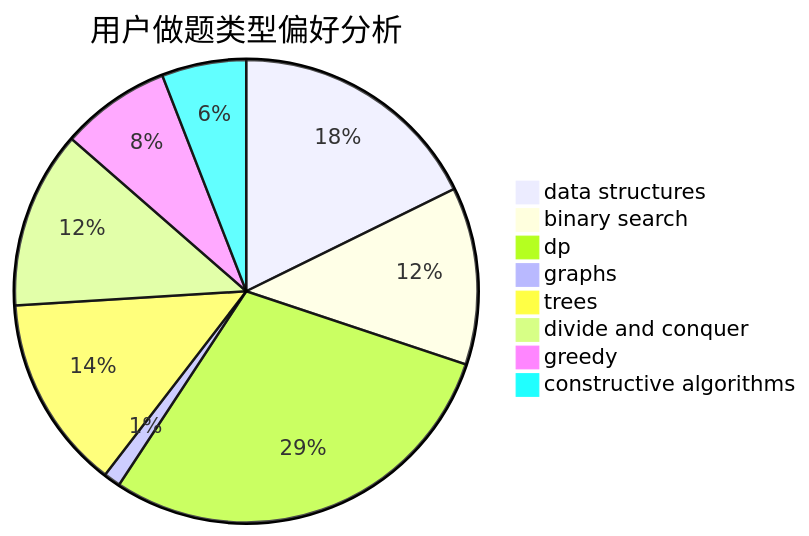
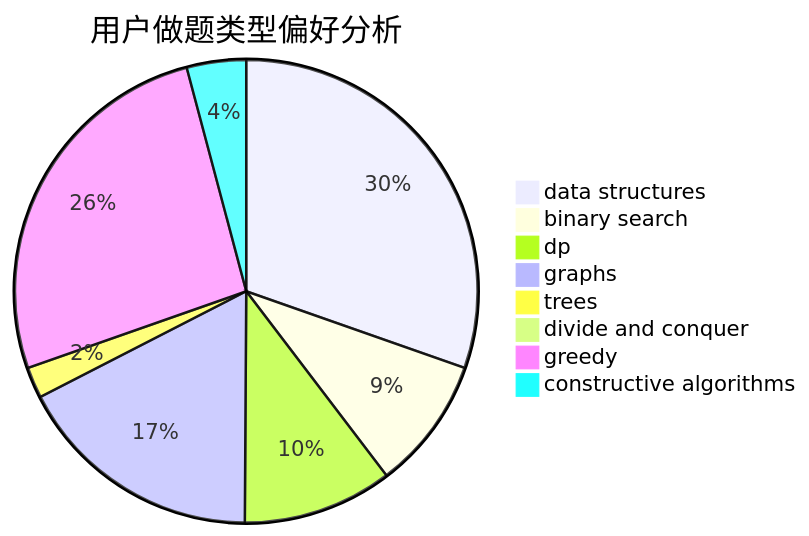
One commit to sherpahu/cfrs.github.io changed the second of 3 diagrams in docs/user/u626.md. Above: the diagram before and after it, drawn with Mermaid. The commit also changed other lines of this file and 2770 other files, not shown here.

````diff
--- a/docs/user/u626.md
+++ b/docs/user/u626.md
@@ -23,11 +23,11 @@
 ```mermaid
 pie title 用户做题类型偏好分析
-    "data structures" :  90
-    "binary search" :  63
-    "dp" :  148
-    "graphs" :  6
-    "trees" :  69
-    "divide and conquer" :  63
-    "greedy" :  39
-    "constructive algorithms" :  30
+    "data structures" :  154
+    "binary search" :  47
+    "dp" :  53
+    "graphs" :  88
+    "trees" :  11
+    "divide and conquer" :  0
+    "greedy" :  133
+    "constructive algorithms" :  21
 ```
````
